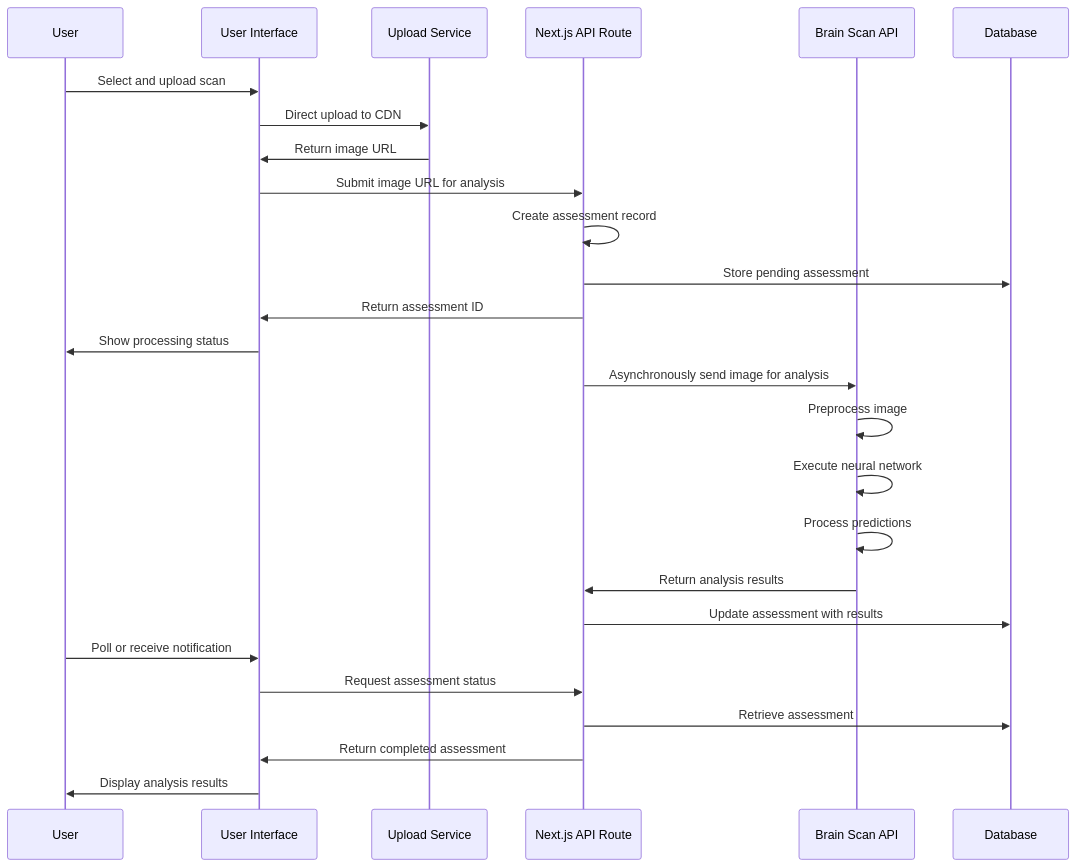
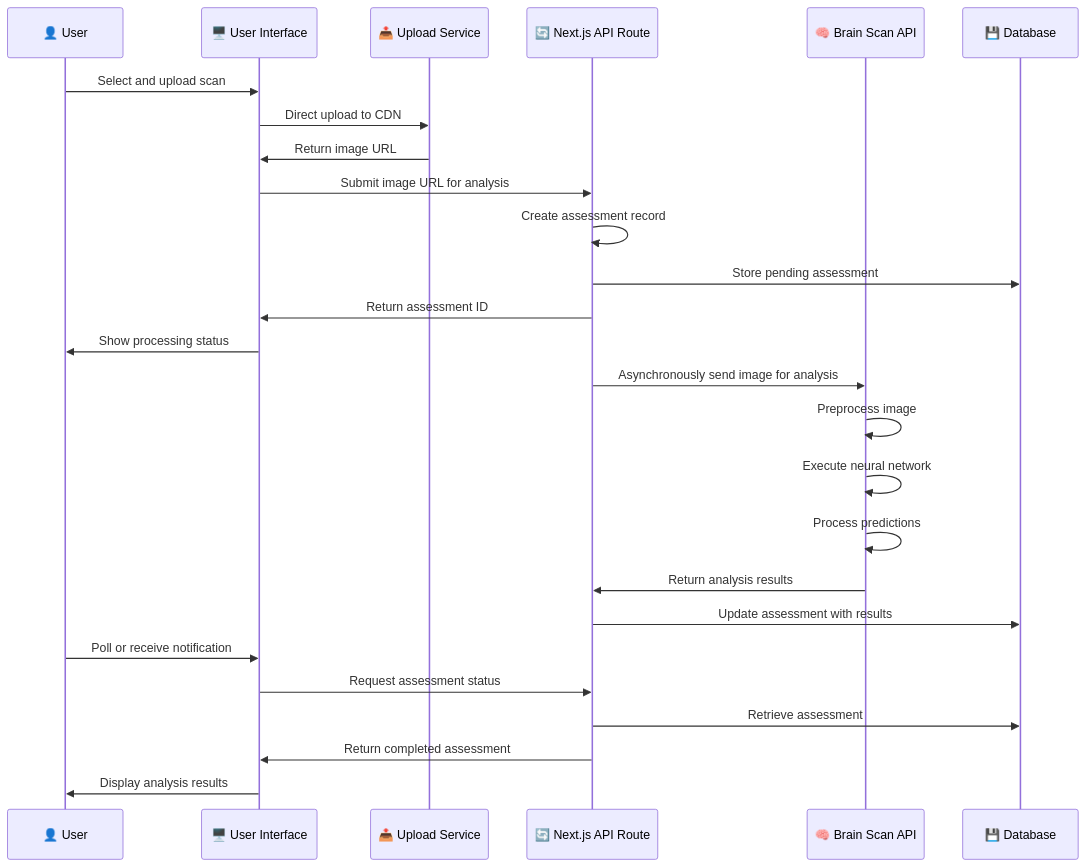
One commit to AbdullahSaeed1211/temp changed the eighth of 14 diagrams in README.md. Above: the diagram before and after it, drawn with Mermaid. The commit also changed other lines of this file, not shown here.

````diff
--- a/README.md
+++ b/README.md
@@ -1438,29 +1461,29 @@
 ```mermaid
 sequenceDiagram
-    participant User
-    participant UI as User Interface
-    participant Upload as Upload Service
-    participant API as Next.js API Route
-    participant ML as Brain Scan API
-    participant DB as Database
+    participant User as 👤 User
+    participant UI as 🖥️ User Interface
+    participant Upload as 📤 Upload Service
+    participant API as 🔄 Next.js API Route
+    participant ML as 🧠 Brain Scan API
+    participant DB as 💾 Database
     
     User->>UI: Select and upload scan
     UI->>Upload: Direct upload to CDN
     Upload->>UI: Return image URL
     UI->>API: Submit image URL for analysis
     API->>API: Create assessment record
     API->>DB: Store pending assessment
     API->>UI: Return assessment ID
     UI->>User: Show processing status
     API->>ML: Asynchronously send image for analysis
     ML->>ML: Preprocess image
     ML->>ML: Execute neural network
     ML->>ML: Process predictions
     ML->>API: Return analysis results
     API->>DB: Update assessment with results
     User->>UI: Poll or receive notification
     UI->>API: Request assessment status
     API->>DB: Retrieve assessment
     API->>UI: Return completed assessment
     UI->>User: Display analysis results
 ```
````
